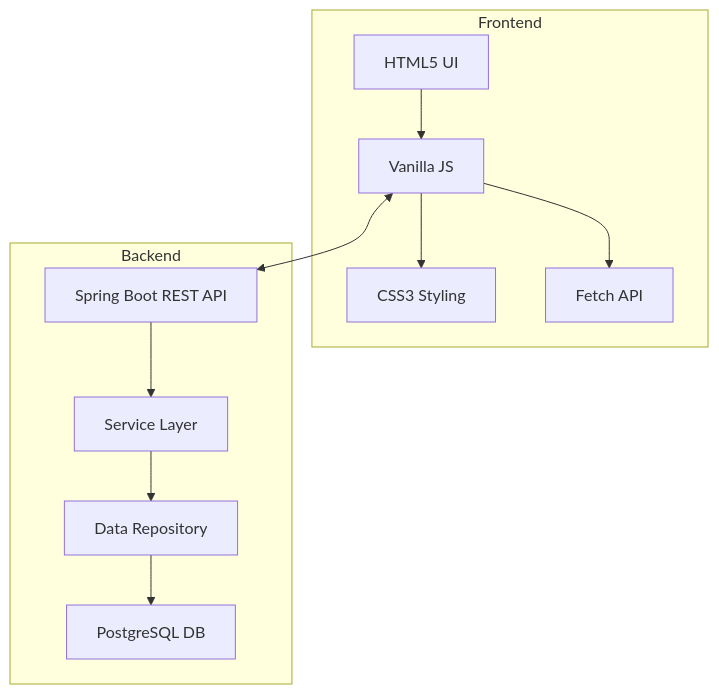
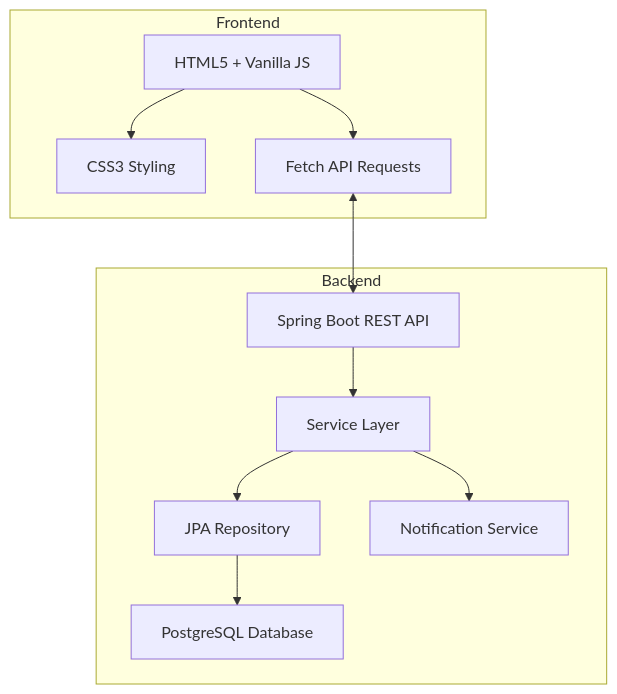
Before and after one commit to justrhey/ticket-management-system: the diagram in README.md, drawn with Mermaid. The commit also changed other lines of this file, not shown here.

````diff
--- a/README.md
+++ b/README.md
@@ -50,16 +38,16 @@
 ```mermaid
 flowchart TD
     subgraph Frontend
-        A[HTML5 UI] --> B[Vanilla JS]
-        B --> C[CSS3 Styling]
-        B --> D[Fetch API]
+        A[HTML5 + Vanilla JS] --> B[CSS3 Styling]
+        A --> C[Fetch API Requests]
     end
 
     subgraph Backend
-        E[Spring Boot REST API] --> F[Service Layer]
-        F --> G[Data Repository]
-        G --> H[PostgreSQL DB]
+        D[Spring Boot REST API] --> E[Service Layer]
+        E --> F[JPA Repository]
+        F --> G[PostgreSQL Database]
+        E --> H[Notification Service]
     end
 
-    B <--> E
+    C <--> D
 ```
````
